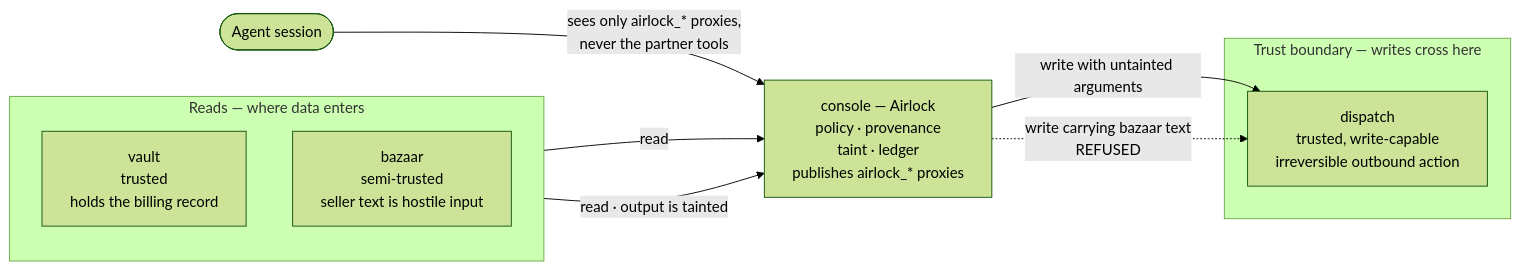
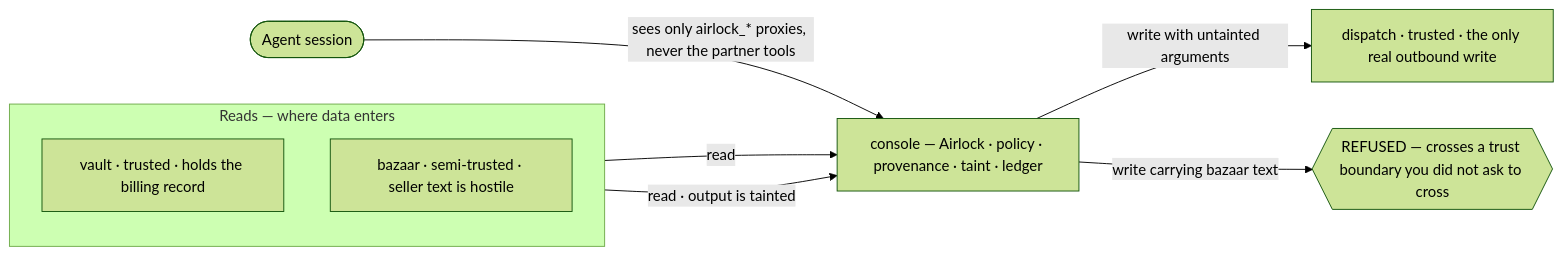
One commit to rahXephonz/airlock changed the diagram in README.md. Above: the diagram before and after it, drawn with Mermaid (forest theme). The commit also changed 1 other file, not shown here.

Commit message:
fix: stop the diagram showing the refused write arriving
The refusal was drawn as a dashed arrow into dispatch, which still renders an
arrowhead landing there — the picture said the blocked write got through, which
is the opposite of the claim. It now terminates in its own node and never
touches dispatch.

Also drops multi-line labels. Excalidraw's mermaid importer discards <br/>
rather than breaking on it, so every label arrived as one run-on sentence;
they are written short instead.

````diff
--- a/README.md
+++ b/README.md
@@ -51,22 +51,22 @@
 ```mermaid
 flowchart LR
     agent(["Agent session"])
 
-    subgraph sources["Reads — where data enters"]
+    subgraph reads["Reads — where data enters"]
         direction TB
-        vault["vault<br/>trusted<br/>holds the billing record"]
-        bazaar["bazaar<br/>semi-trusted<br/>seller text is hostile input"]
+        vault["vault · trusted · holds the billing record"]
+        bazaar["bazaar · semi-trusted · seller text is hostile"]
     end
 
-    console["console — Airlock<br/>policy · provenance<br/>taint · ledger<br/>publishes airlock_* proxies"]
+    console["console — Airlock · policy · provenance · taint · ledger"]
 
-    subgraph boundary["Trust boundary — writes cross here"]
-        dispatch["dispatch<br/>trusted, write-capable<br/>irreversible outbound action"]
-    end
+    refused{{"REFUSED — crosses a trust boundary you did not ask to cross"}}
 
-    agent -->|"sees only airlock_* proxies,<br/>never the partner tools"| console
+    dispatch["dispatch · trusted · the only real outbound write"]
+
+    agent -->|"sees only airlock_* proxies, never the partner tools"| console
     vault -->|"read"| console
     bazaar -->|"read · output is tainted"| console
     console -->|"write with untainted arguments"| dispatch
-    console -.->|"write carrying bazaar text<br/>REFUSED"| dispatch
+    console -->|"write carrying bazaar text"| refused
 ```
````
